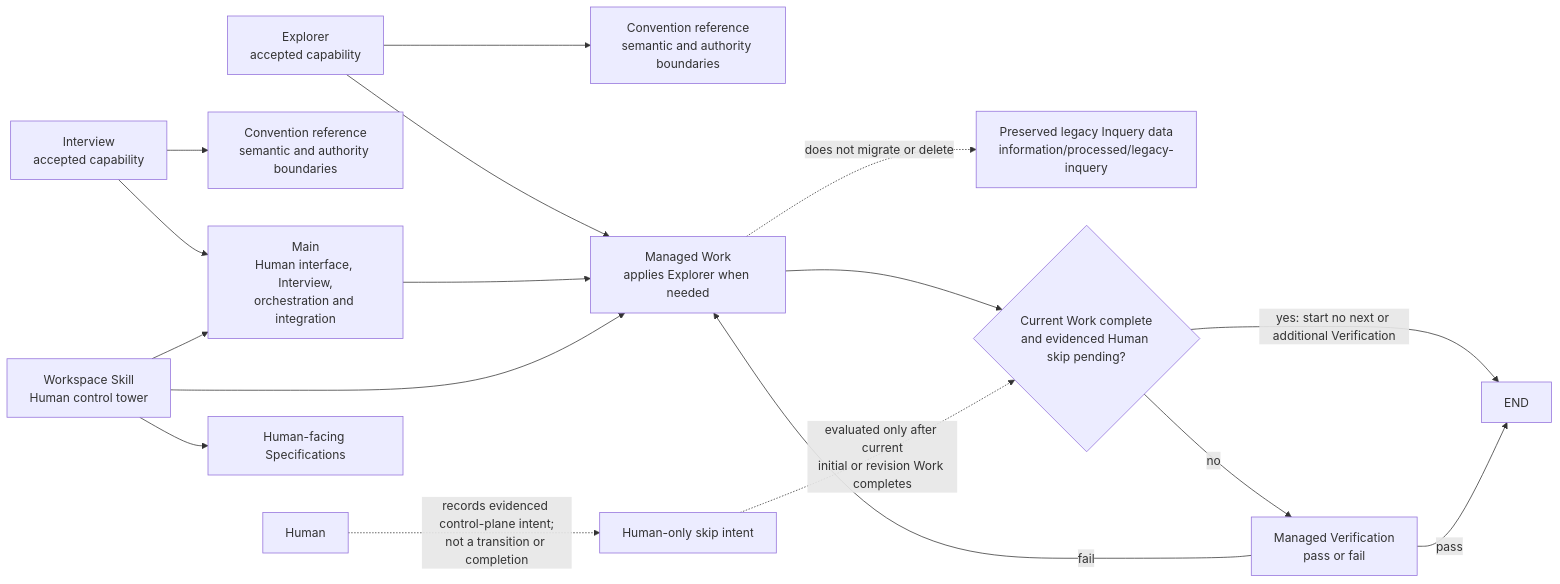
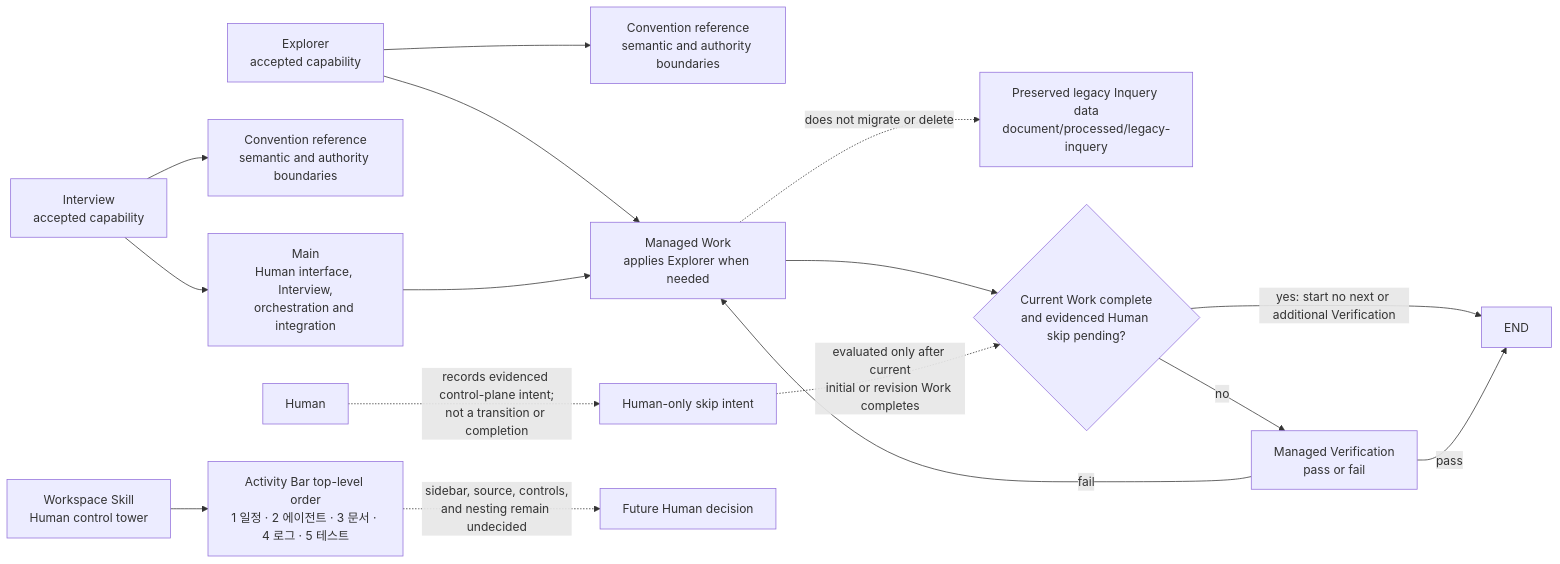
One commit to KoreanLeeChangHyun/agent-factory-codex-plugin changed the fifth of 9 diagrams in skills/convention/references/diagrams.md. Above: the diagram before and after it, drawn with Mermaid. The commit also changed other lines of this file and 115 other files, not shown here.

Commit message:
feat: consolidate document, workspace, and runtime architecture

````diff
--- a/skills/convention/references/diagrams.md
+++ b/skills/convention/references/diagrams.md
@@ -115,30 +115,29 @@
 ```mermaid
 flowchart LR
     accTitle: Current Agent Factory execution relationships
     accDescr: Main delegates Work, Verification returns pass or fail, and evidenced Human skip intent is applied only after current Work completes without starting another Verification.
     Explorer[Explorer<br/>accepted capability]
     ExplorerConvention[Convention reference<br/>semantic and authority boundaries]
-    Legacy[Preserved legacy Inquery data<br/>information/processed/legacy-inquery]
+    Legacy[Preserved legacy Inquery data<br/>document/processed/legacy-inquery]
     Work[Managed Work<br/>applies Explorer when needed]
     Explorer --> ExplorerConvention
     Explorer --> Work
     Work -. does not migrate or delete .-> Legacy
     Interview[Interview<br/>accepted capability]
     InterviewConvention[Convention reference<br/>semantic and authority boundaries]
     Main[Main<br/>Human interface, Interview,<br/>orchestration and integration]
     Verification[Managed Verification<br/>pass or fail]
     Interview --> InterviewConvention
     Interview --> Main
     Main --> Work
     Work --> SkipDecision{Current Work complete<br/>and evidenced Human skip pending?}
     Human[Human] -. records evidenced control-plane intent;<br/>not a transition or completion .-> SkipIntent[Human-only skip intent]
     SkipIntent -. evaluated only after current<br/>initial or revision Work completes .-> SkipDecision
     SkipDecision -->|no| Verification
     SkipDecision -->|yes: start no next or additional Verification| End
     Verification -->|fail| Work
     Verification -->|pass| End[END]
     Workspace[Workspace Skill<br/>Human control tower]
-    Workspace --> Main
-    Workspace --> Work
-    Workspace --> Planning[Human-facing Specifications]
+    Workspace --> Activities[Activity Bar top-level order<br/>1 일정 · 2 에이전트 · 3 문서 · 4 로그 · 5 테스트]
+    Activities -. sidebar, source, controls,<br/>and nesting remain undecided .-> HumanDecision[Future Human decision]
 ```
````
